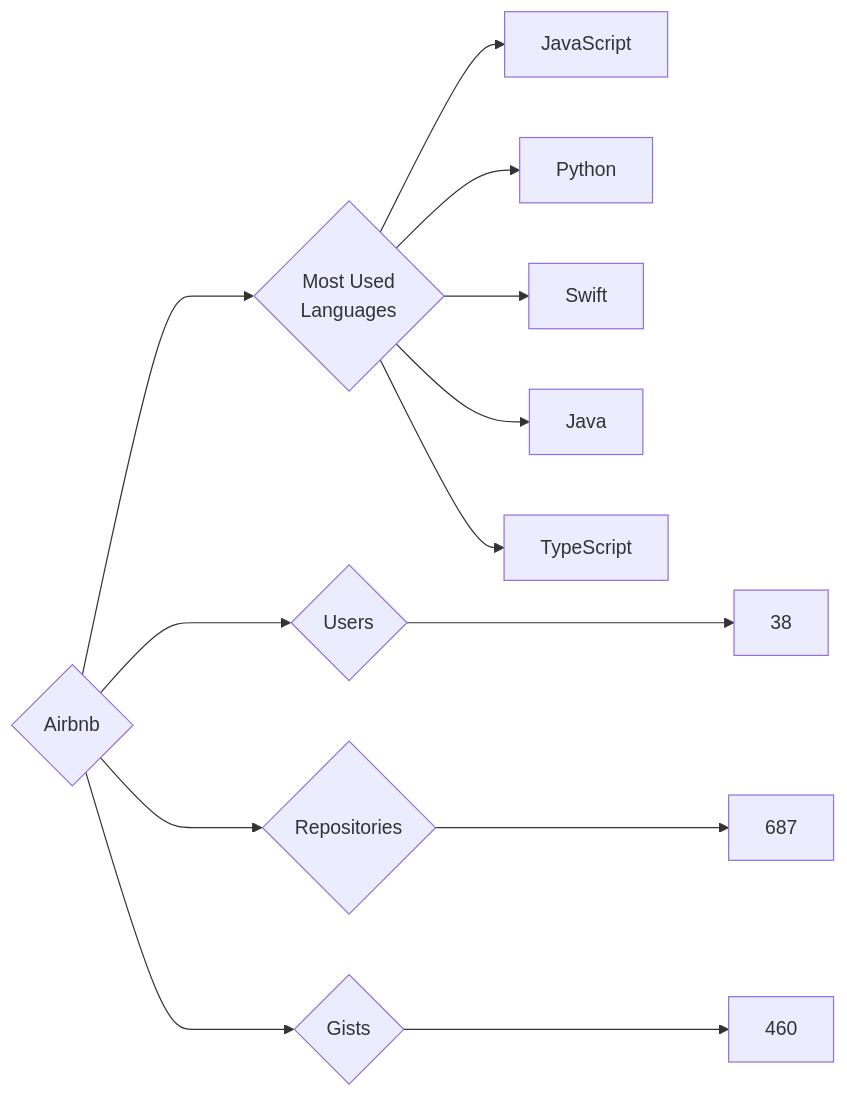
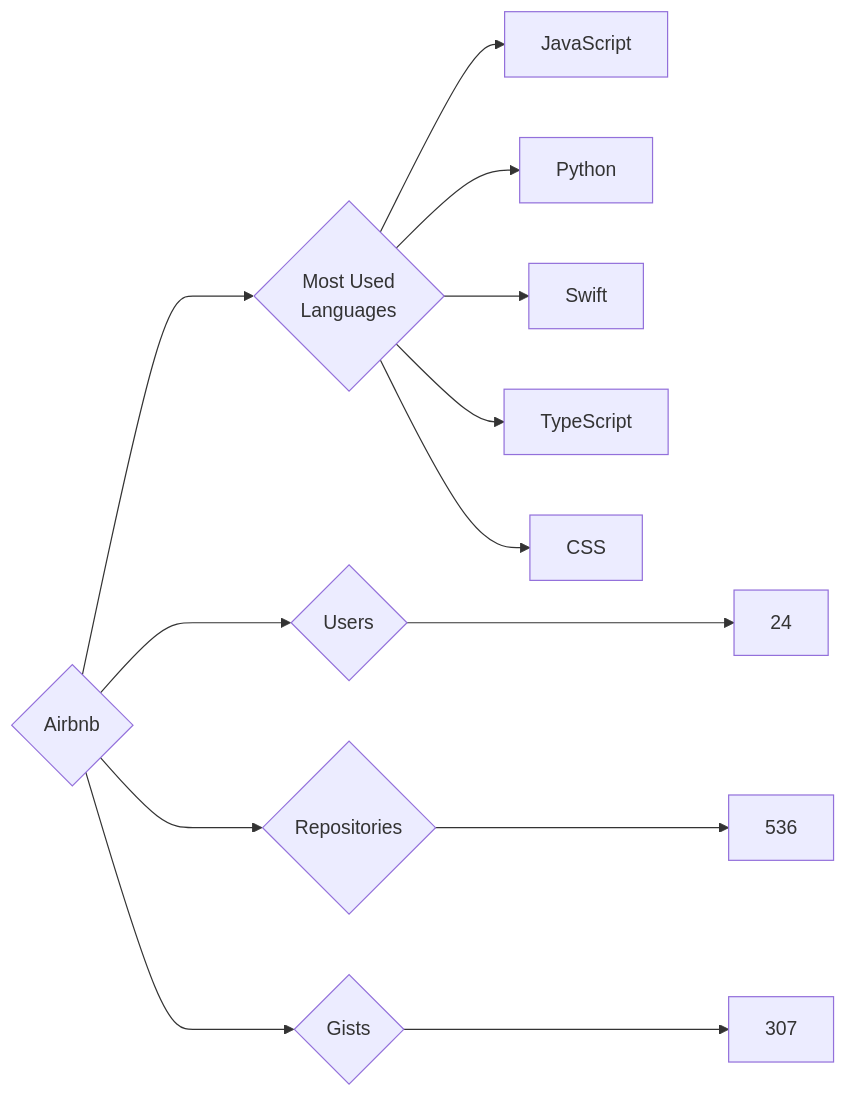
Before and after one commit to trickest/insiders: the diagram in targets/Airbnb/README.md, drawn with Mermaid. The commit also changed 912 other files, not shown here.

````diff
--- a/targets/Airbnb/README.md
+++ b/targets/Airbnb/README.md
@@ -3,13 +3,13 @@
 ```mermaid
 graph LR
 COMPANY_NAME{Airbnb}
-COMPANY_NAME ---> U{Users} ---> UN[38]
-COMPANY_NAME ---> R{Repositories} ---> RN[687]
-COMPANY_NAME ---> G{Gists} ---> GN[460]
+COMPANY_NAME ---> U{Users} ---> UN[24]
+COMPANY_NAME ---> R{Repositories} ---> RN[536]
+COMPANY_NAME ---> G{Gists} ---> GN[307]
 COMPANY_NAME ---> ML{Most Used<br>Languages}
 ML --> JavaScript[JavaScript]
 ML --> Python[Python]
 ML --> Swift[Swift]
-ML --> Java[Java]
 ML --> TypeScript[TypeScript]
+ML --> CSS[CSS]
 ```
````
